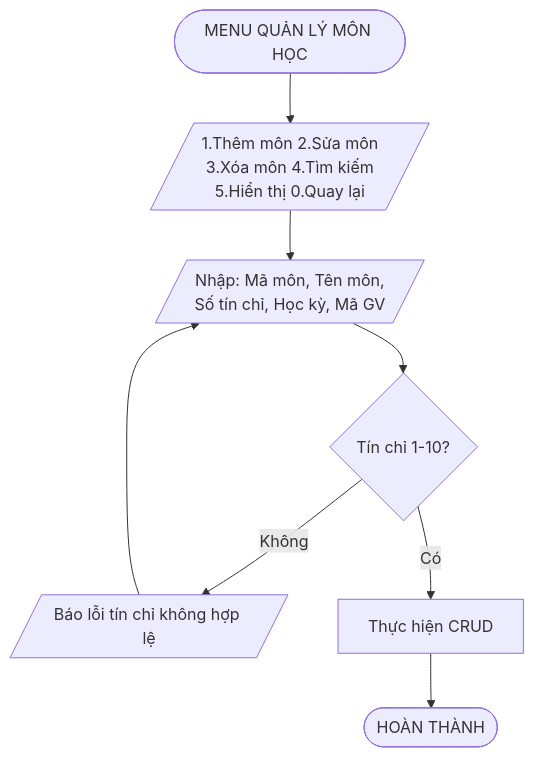
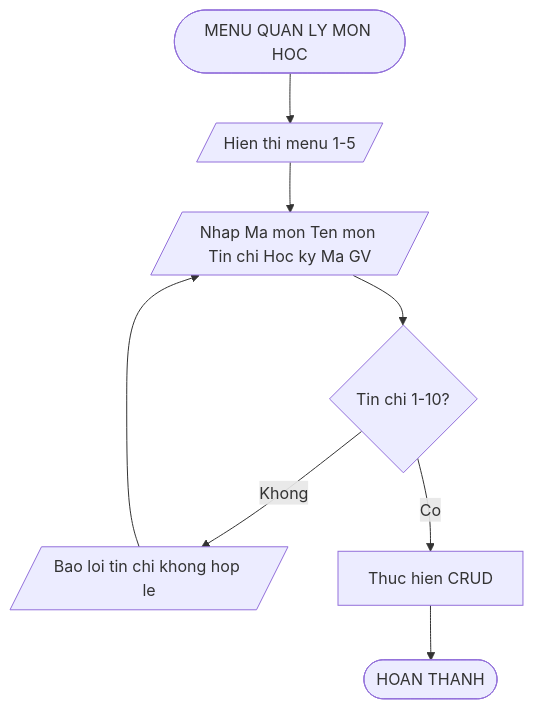
Diagram 12 of 20 in docs/Flowcharts/Flowcharts.md (phucphuc2006/pro-192), drawn with Mermaid before and after one commit. The commit also changed other lines of this file, not shown here.

Commit message:
Fix Mermaid syntax for GitHub compatibility

````diff
--- a/docs/Flowcharts/Flowcharts.md
+++ b/docs/Flowcharts/Flowcharts.md
@@ -219,10 +219,10 @@
 ```mermaid
 flowchart TD
-    A([MENU QUẢN LÝ MÔN HỌC]) --> B[/"1.Thêm môn 2.Sửa môn<br/>3.Xóa môn 4.Tìm kiếm<br/>5.Hiển thị 0.Quay lại"/]
-    B --> C[/Nhập: Mã môn, Tên môn,<br/>Số tín chỉ, Học kỳ, Mã GV/]
-    C --> D{Tín chỉ 1-10?}
-    D -->|Không| E[/Báo lỗi tín chỉ không hợp lệ/]
+    A([MENU QUAN LY MON HOC]) --> B[/Hien thi menu 1-5/]
+    B --> C[/Nhap Ma mon Ten mon Tin chi Hoc ky Ma GV/]
+    C --> D{Tin chi 1-10?}
+    D -->|Khong| E[/Bao loi tin chi khong hop le/]
     E --> C
-    D -->|Có| F[Thực hiện CRUD]
-    F --> G([HOÀN THÀNH])
+    D -->|Co| F[Thuc hien CRUD]
+    F --> G([HOAN THANH])
 ```
````
